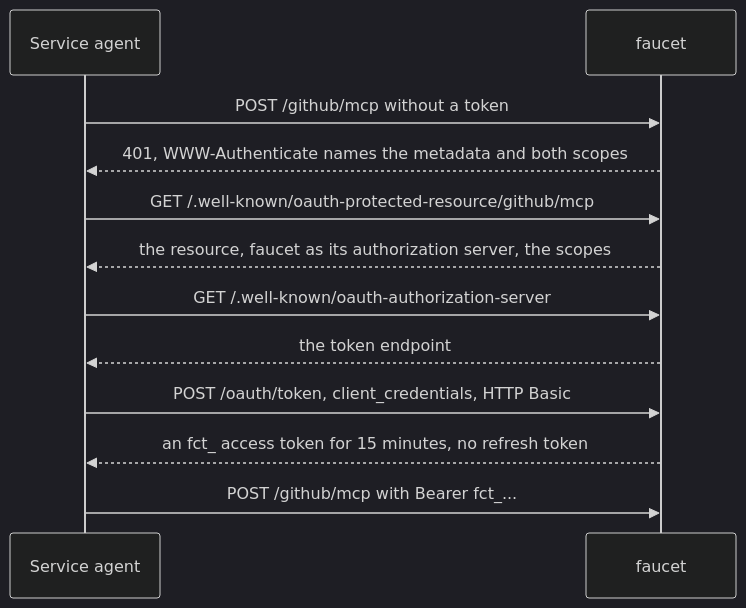
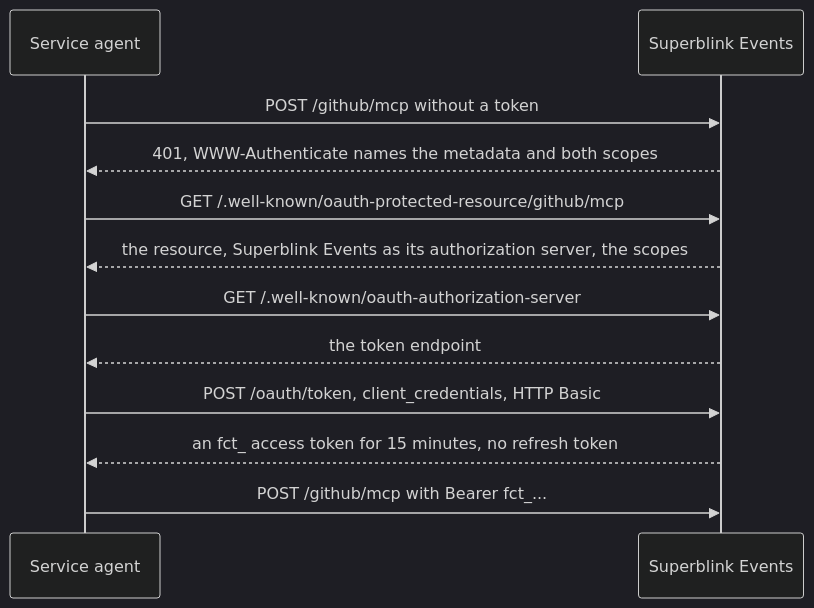
One commit to coder/superblink-events changed the first of 2 diagrams in docs/service-accounts.md. Above: the diagram before and after it, drawn with Mermaid (dark theme). The commit also changed other lines of this file and 218 other files, not shown here.

First line of the commit message:
docs: rename faucet to Superblink Events and the module to github.com/coder/superblink-events (#81)

````diff
--- a/docs/service-accounts.md
+++ b/docs/service-accounts.md
@@ -28,14 +28,14 @@
 ```mermaid
 sequenceDiagram
     participant A as Service agent
-    participant F as faucet
+    participant F as Superblink Events
     A->>F: POST /github/mcp without a token
     F-->>A: 401, WWW-Authenticate names the metadata and both scopes
     A->>F: GET /.well-known/oauth-protected-resource/github/mcp
-    F-->>A: the resource, faucet as its authorization server, the scopes
+    F-->>A: the resource, Superblink Events as its authorization server, the scopes
     A->>F: GET /.well-known/oauth-authorization-server
     F-->>A: the token endpoint
     A->>F: POST /oauth/token, client_credentials, HTTP Basic
     F-->>A: an fct_ access token for 15 minutes, no refresh token
     A->>F: POST /github/mcp with Bearer fct_...
 ```
````
